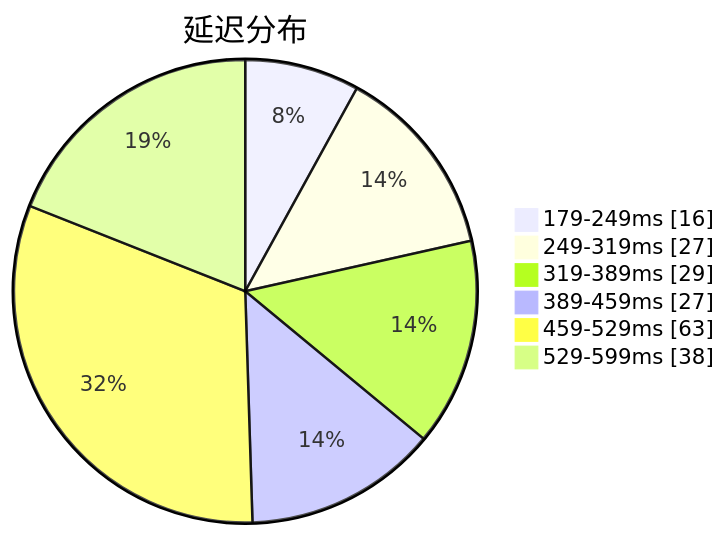
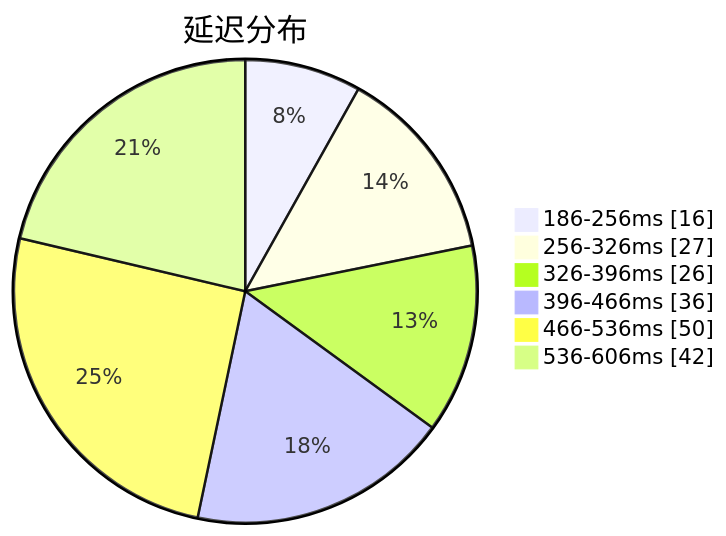
Before and after one commit to qjlxg/airport: the first of 3 diagrams in subs/statistics/tested_within.md, drawn with Mermaid. The commit also changed other lines of this file and 2 other files, not shown here.

````diff
--- a/subs/statistics/tested_within.md
+++ b/subs/statistics/tested_within.md
@@ -2,10 +2,10 @@
 ```mermaid
 pie showData
 title 延迟分布
-"179-249ms" : 16
-"249-319ms" : 27
-"319-389ms" : 29
-"389-459ms" : 27
-"459-529ms" : 63
-"529-599ms" : 38
+"186-256ms" : 16
+"256-326ms" : 27
+"326-396ms" : 26
+"396-466ms" : 36
+"466-536ms" : 50
+"536-606ms" : 42
 ```
````
